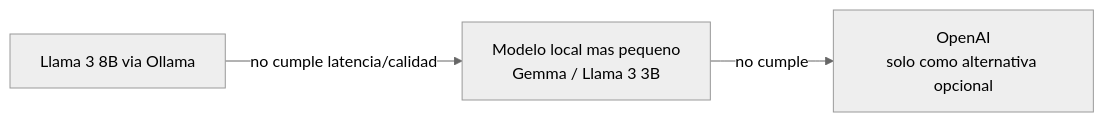
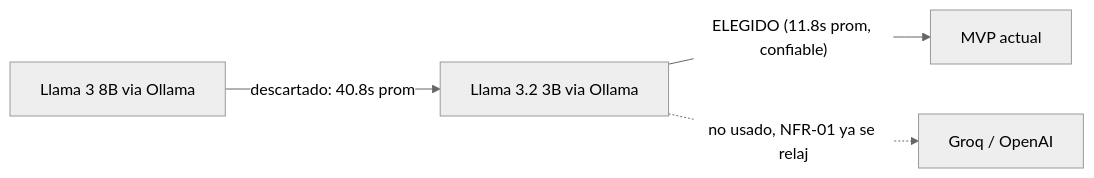
One commit to JoseAntonioZ1/jota-ai changed the second of 2 diagrams in docs/07_AI_ARCHITECTURE.md. Above: the diagram before and after it, drawn with Mermaid (neutral theme). The commit also changed other lines of this file and 12 other files, not shown here.

````diff
--- a/docs/07_AI_ARCHITECTURE.md
+++ b/docs/07_AI_ARCHITECTURE.md
@@ -124,5 +126,6 @@
 ```mermaid
 flowchart LR
-  A[Llama 3 8B via Ollama] -->|no cumple latencia/calidad| B[Modelo local mas pequeno\nGemma / Llama 3 3B]
-  B -->|no cumple| C[OpenAI\nsolo como alternativa opcional]
+  A[Llama 3 8B via Ollama] -->|descartado: 40.8s prom| B[Llama 3.2 3B via Ollama]
+  B -->|"ELEGIDO (11.8s prom, confiable)"| D[MVP actual]
+  B -.no usado, NFR-01 ya se relajo.-> C[Groq / OpenAI]
 ```
````
